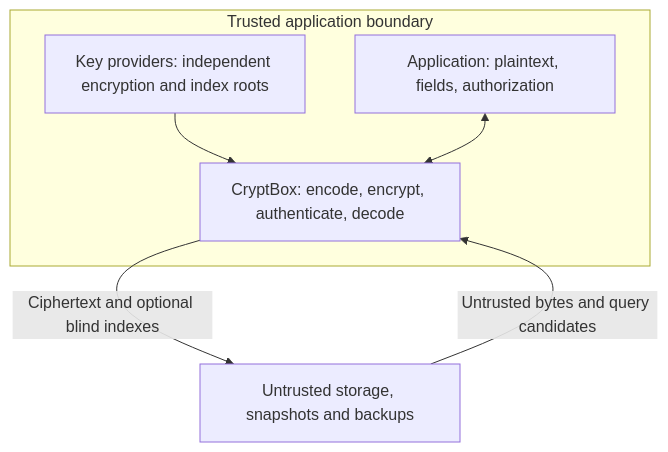
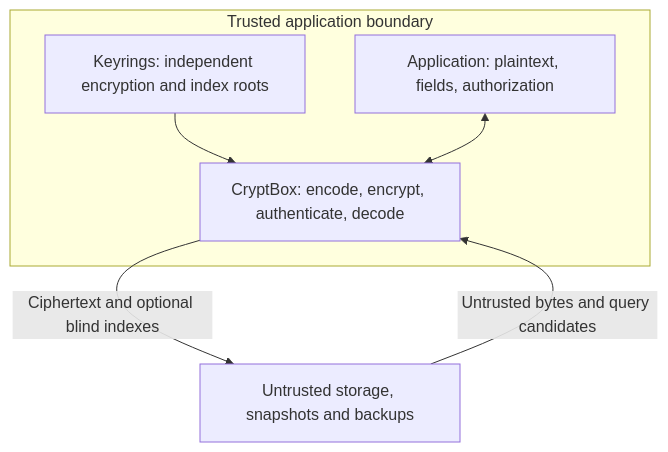
One commit to sagikazarmark/cryptbox changed the diagram in docs/diagrams/trust-boundary.mmd. Above: the diagram before and after it, drawn with Mermaid. The commit also changed 70 other files, not shown here.

```diff
--- a/docs/diagrams/trust-boundary.mmd
+++ b/docs/diagrams/trust-boundary.mmd
@@ -1,10 +1,10 @@
 flowchart TB
     subgraph trusted["Trusted application boundary"]
-        K["Key providers: independent encryption and index roots"]
+        K["Keyrings: independent encryption and index roots"]
         A["Application: plaintext, fields, authorization"]
         C["CryptBox: encode, encrypt, authenticate, decode"]
         K --> C
         A <--> C
     end
     C -->|"Ciphertext and optional blind indexes"| S["Untrusted storage, snapshots and backups"]
     S -->|"Untrusted bytes and query candidates"| C
```
